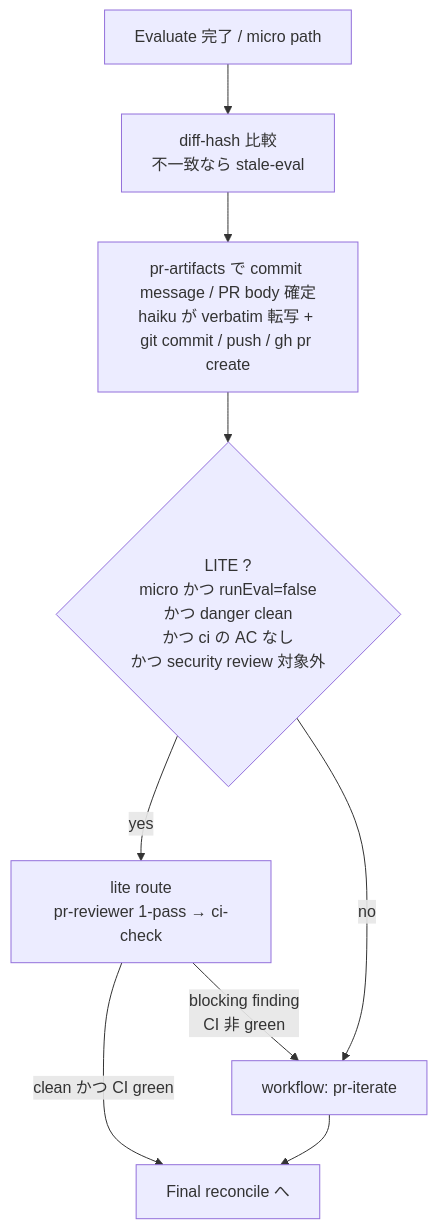
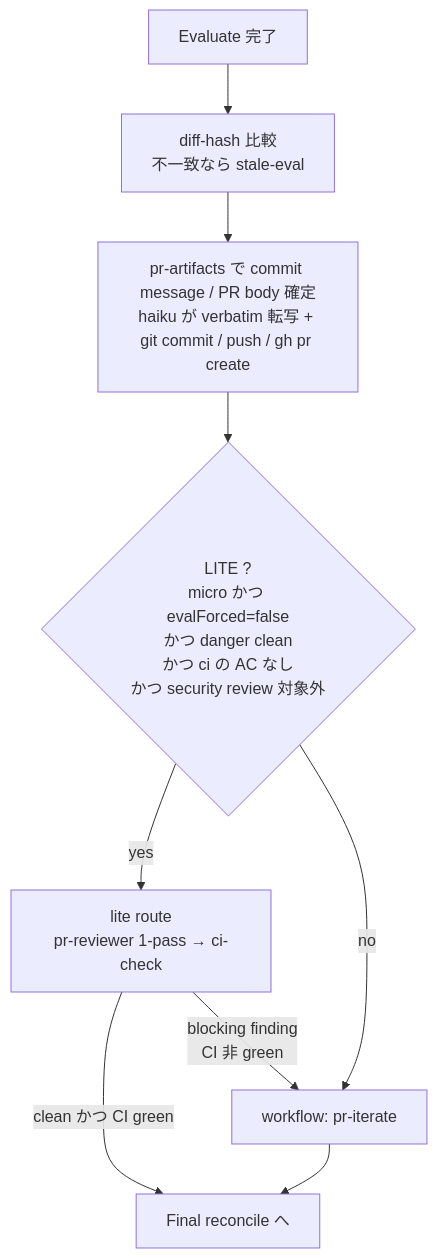
One commit to it-all-playpark/claude-plugins changed the eighth of 13 diagrams in docs/dev-flow-atlas.md. Above: the diagram before and after it, drawn with Mermaid. The commit also changed other lines of this file and 24 other files, not shown here.

First line of the commit message:
fix(dev-flow): micro の run でも evaluator に AC を判定させ、AI が判定できる AC を人間のレビューに回さない (#1382)

````diff
--- a/docs/dev-flow-atlas.md
+++ b/docs/dev-flow-atlas.md
@@ -232,11 +232,11 @@
 ```mermaid
 flowchart TD
-    IN["Evaluate 完了 / micro path"] --> R1["diff-hash 比較<br/>不一致なら stale-eval"]
+    IN["Evaluate 完了"] --> R1["diff-hash 比較<br/>不一致なら stale-eval"]
     R1 --> R2["pr-artifacts で commit message / PR body 確定<br/>haiku が verbatim 転写 + git commit / push / gh pr create"]
-    R2 --> R4{"LITE ?<br/>micro かつ runEval=false<br/>かつ danger clean<br/>かつ ci の AC なし<br/>かつ security review 対象外"}
+    R2 --> R4{"LITE ?<br/>micro かつ evalForced=false<br/>かつ danger clean<br/>かつ ci の AC なし<br/>かつ security review 対象外"}
     R4 -->|yes| LITE["lite route<br/>pr-reviewer 1-pass → ci-check"]
     R4 -->|no| FULL["workflow: pr-iterate"]
     LITE -->|"clean かつ CI green"| OUT["Final reconcile へ"]
     LITE -->|"blocking finding<br/>CI 非 green"| FULL
     FULL --> OUT
 ```
````
